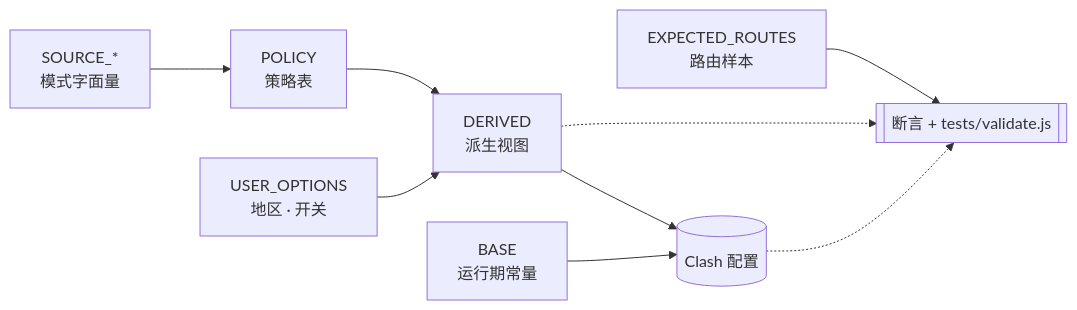
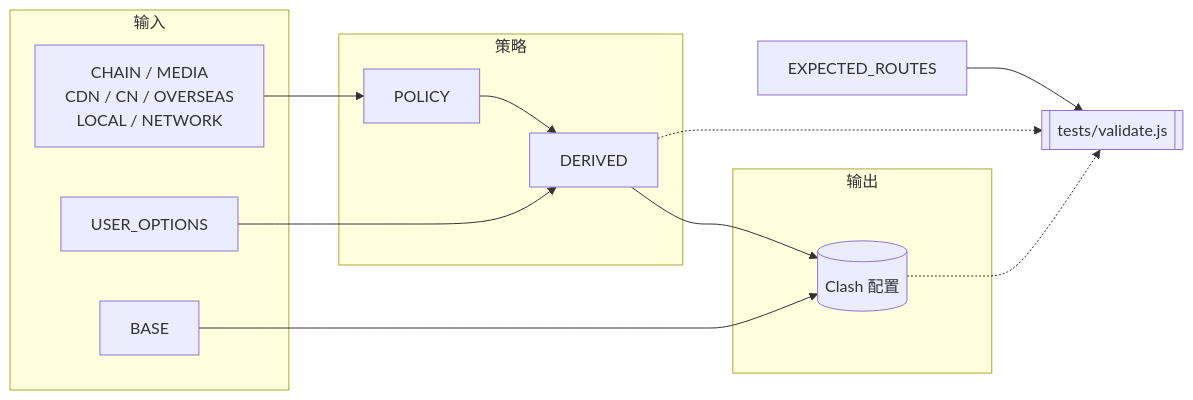
Before and after one commit to andrew-zyf/clash-override-home-broadband-chain-proxy: the diagram in README.md, drawn with Mermaid. The commit also changed other lines of this file and 3 other files, not shown here.

````diff
--- a/README.md
+++ b/README.md
@@ -137,18 +132,27 @@
 ```mermaid
 flowchart LR
-  USER["USER_OPTIONS<br/>地区 · 开关"]
-  BASE["BASE<br/>运行期常量"]
-  SRC["SOURCE_*<br/>模式字面量"]
-  POL["POLICY<br/>策略表"]
-  DER["DERIVED<br/>派生视图"]
-  CFG[("Clash 配置")]
-  EXP["EXPECTED_ROUTES<br/>路由样本"]
-  VAL[["断言 + tests/validate.js"]]
+  subgraph 输入
+    USER["USER_OPTIONS"]
+    BASE["BASE"]
+    SRC["CHAIN / MEDIA<br/>CDN / CN / OVERSEAS<br/>LOCAL / NETWORK"]
+  end
+
+  subgraph 策略
+    POL["POLICY"]
+    DER["DERIVED"]
+  end
+
+  subgraph 输出
+    CFG[("Clash 配置")]
+  end
+
+  EXP["EXPECTED_ROUTES"]
+  VAL[["tests/validate.js"]]
 
   SRC --> POL --> DER --> CFG
   USER --> DER
   BASE --> CFG
   EXP --> VAL
   DER -.-> VAL
   CFG -.-> VAL
 ```
````
